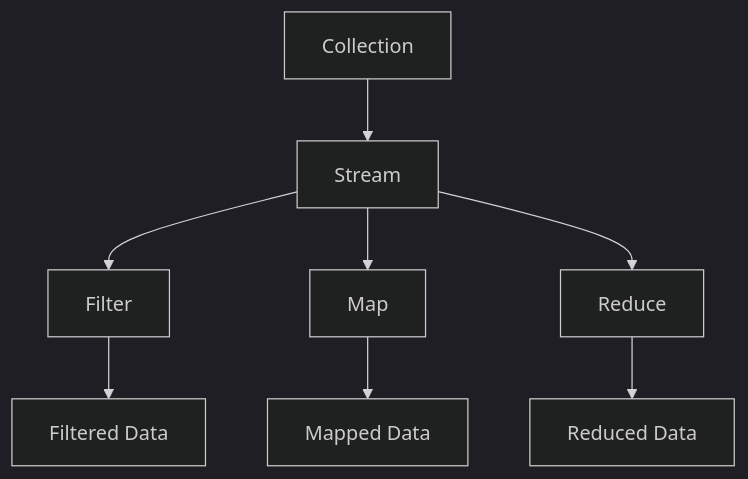
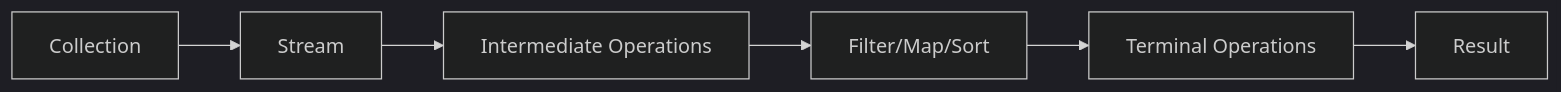
Before and after one commit to DanielCreggOrganization/w8-lab-stream-nastaj: the second of 6 diagrams in README.md, drawn with Mermaid (dark theme).

````diff
--- a/README.md
+++ b/README.md
@@ -56,10 +56,8 @@
 ```mermaid
-graph TD
+graph LR
     A[Collection] --> B[Stream]
-    B --> C[Filter]
-    B --> D[Map]
-    B --> E[Reduce]
-    C --> F[Filtered Data]
-    D --> G[Mapped Data]
-    E --> H[Reduced Data]
+    B --> C[Intermediate Operations]
+    C --> D[Filter/Map/Sort]
+    D --> E[Terminal Operations]
+    E --> F[Result]
 ```
````
